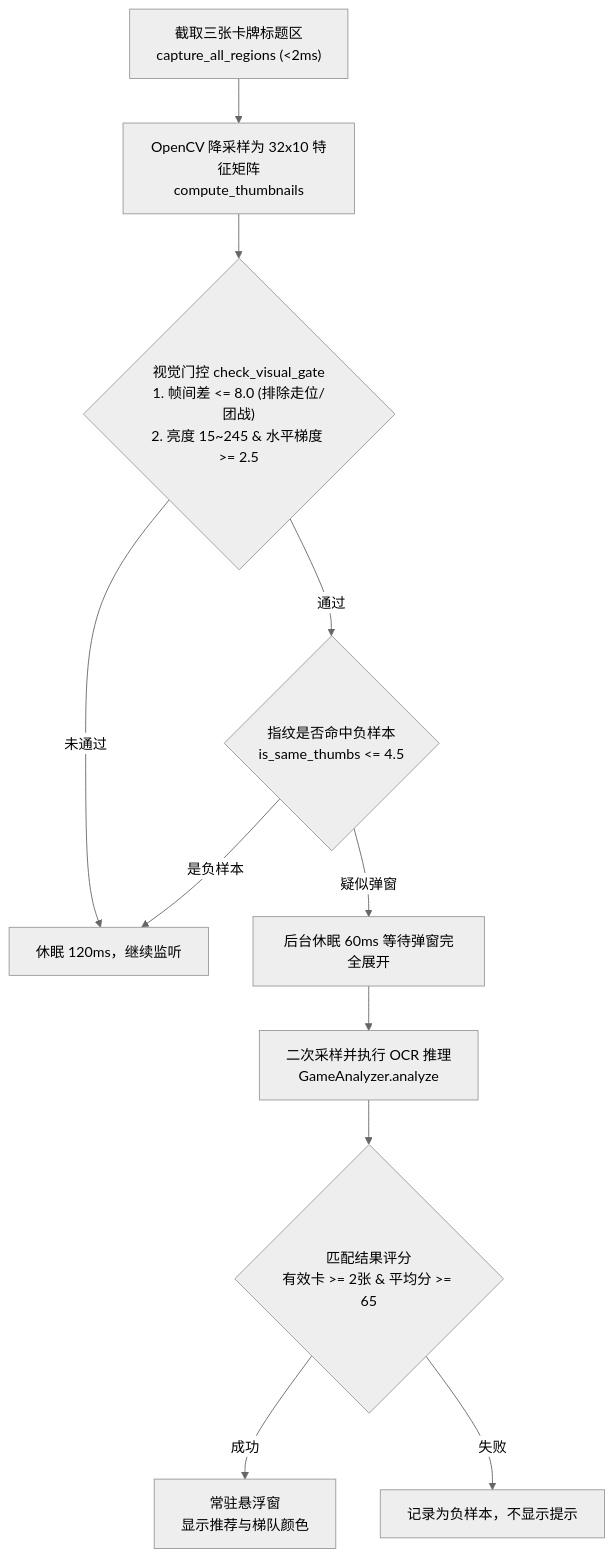
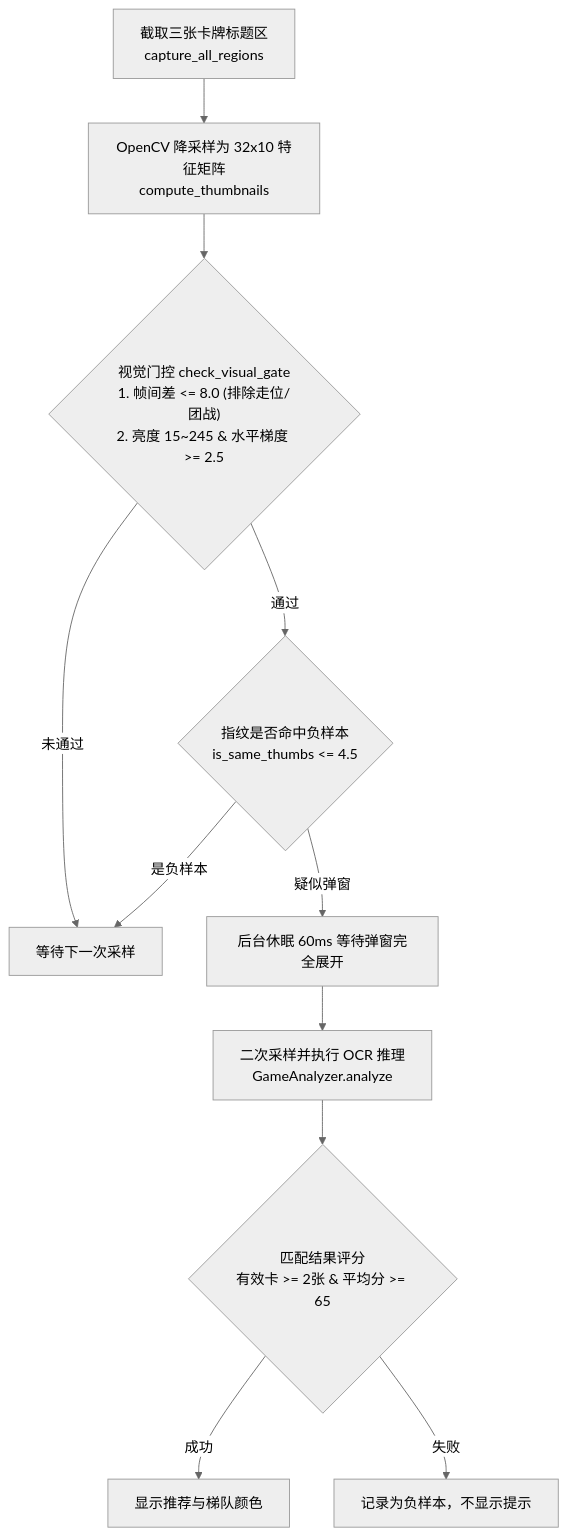
One commit to Nyx0ra/lol-aram-mayhem-hextech-helper changed the second of 2 diagrams in AGENTS.md. Above: the diagram before and after it, drawn with Mermaid (neutral theme). The commit also changed other lines of this file and 2 other files, not shown here.

````diff
--- a/AGENTS.md
+++ b/AGENTS.md
@@ -84,16 +84,16 @@
 ```mermaid
 flowchart TD
-    Start["截取三张卡牌标题区<br/>capture_all_regions (<2ms)"] --> Thumb["OpenCV 降采样为 32x10 特征矩阵<br/>compute_thumbnails"]
+    Start["截取三张卡牌标题区<br/>capture_all_regions"] --> Thumb["OpenCV 降采样为 32x10 特征矩阵<br/>compute_thumbnails"]
     Thumb --> Gate{"视觉门控 check_visual_gate<br/>1. 帧间差 <= 8.0 (排除走位/团战)<br/>2. 亮度 15~245 & 水平梯度 >= 2.5"}
 
-    Gate -- 未通过 --> Sleep["休眠 120ms，继续监听"]
+    Gate -- 未通过 --> Sleep["等待下一次采样"]
     Gate -- 通过 --> Neg{"指纹是否命中负样本<br/>is_same_thumbs <= 4.5"}
 
     Neg -- 是负样本 --> Sleep
     Neg -- 疑似弹窗 --> Settle["后台休眠 60ms 等待弹窗完全展开"]
     Settle --> ConfirmOCR["二次采样并执行 OCR 推理<br/>GameAnalyzer.analyze"]
     ConfirmOCR --> Val{"匹配结果评分<br/>有效卡 >= 2张 & 平均分 >= 65"}
 
-    Val -- 成功 --> ShowOverlay["常驻悬浮窗<br/>显示推荐与梯队颜色"]
+    Val -- 成功 --> ShowOverlay["显示推荐与梯队颜色"]
     Val -- 失败 --> RecordNeg["记录为负样本，不显示提示"]
 ```
````
